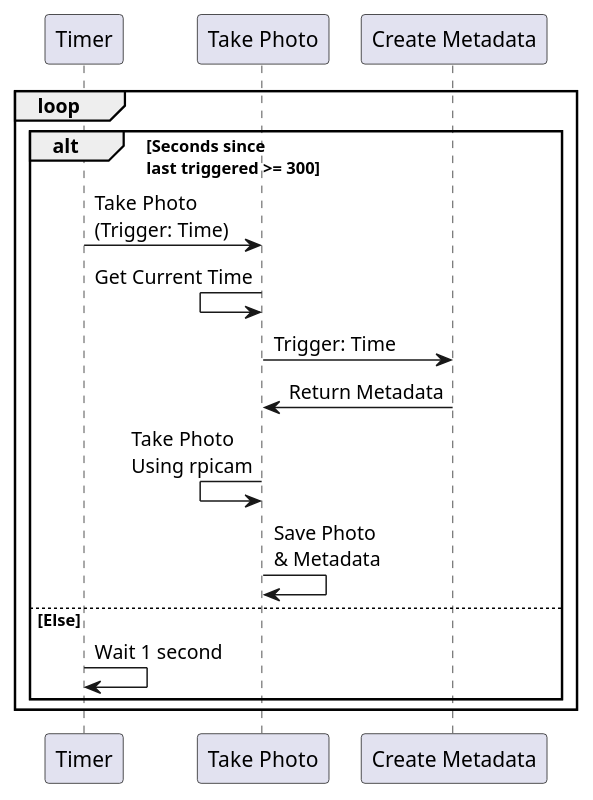
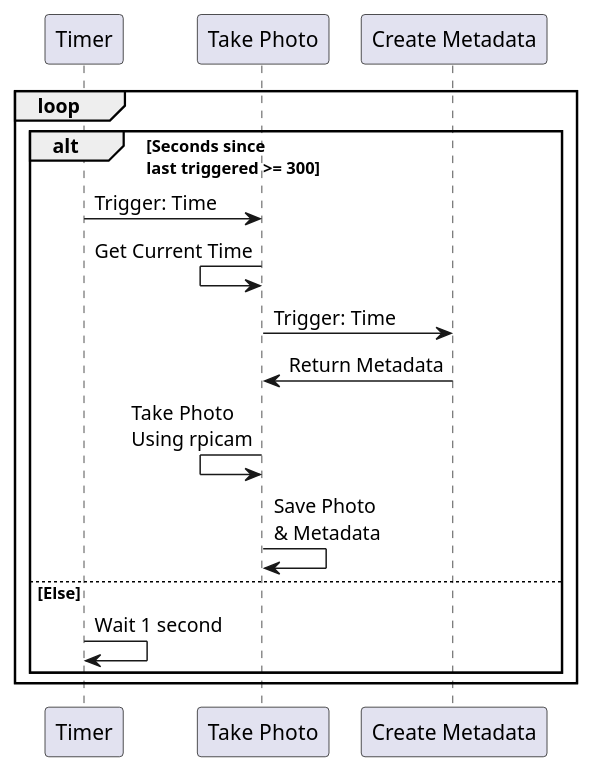
The diagram in diagrams/photo-processes/timed-photo.wsd (AlexanderNorup/emli-wildlife-project), drawn with PlantUML before and after one commit. The commit also changed 2 other files, not shown here.

Commit message:
Adding motion photo process diagram, and updating external and timed photo diagrams

```diff
--- a/diagrams/photo-processes/timed-photo.wsd
+++ b/diagrams/photo-processes/timed-photo.wsd
@@ -1,19 +1,19 @@
 @startuml
 
   participant "Timer" as rpiTime
   participant "Take Photo" as rpiPhoto
   participant "Create Metadata" as rpiMeta
 
 loop
   alt Seconds since\nlast triggered >= 300
-    rpiTime -> rpiPhoto : Take Photo\n(Trigger: Time)
+    rpiTime -> rpiPhoto : Trigger: Time
     rpiPhoto <- rpiPhoto : Get Current Time
     rpiPhoto -> rpiMeta : Trigger: Time
     rpiMeta -> rpiPhoto : Return Metadata
     rpiPhoto <- rpiPhoto : Take Photo\nUsing rpicam
     rpiPhoto -> rpiPhoto : Save Photo\n& Metadata
   else Else
     rpiTime -> rpiTime : Wait 1 second
   end
 end
 @enduml
```
